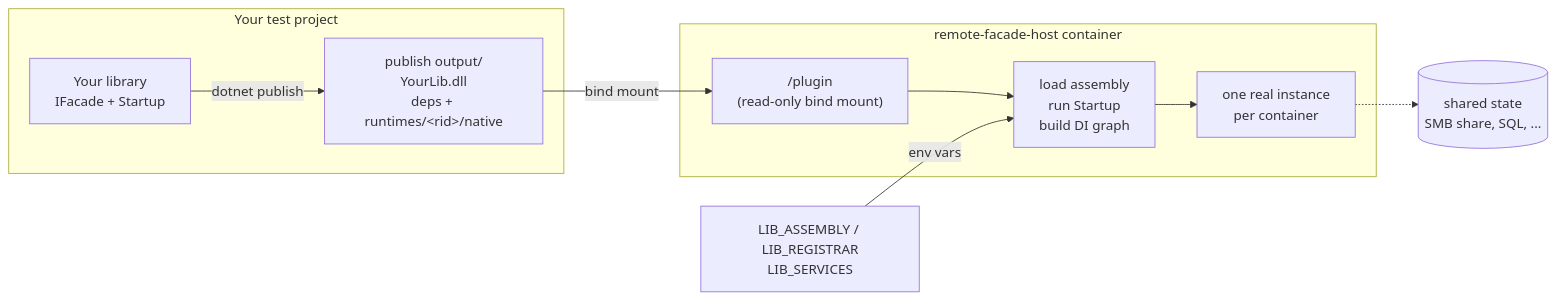
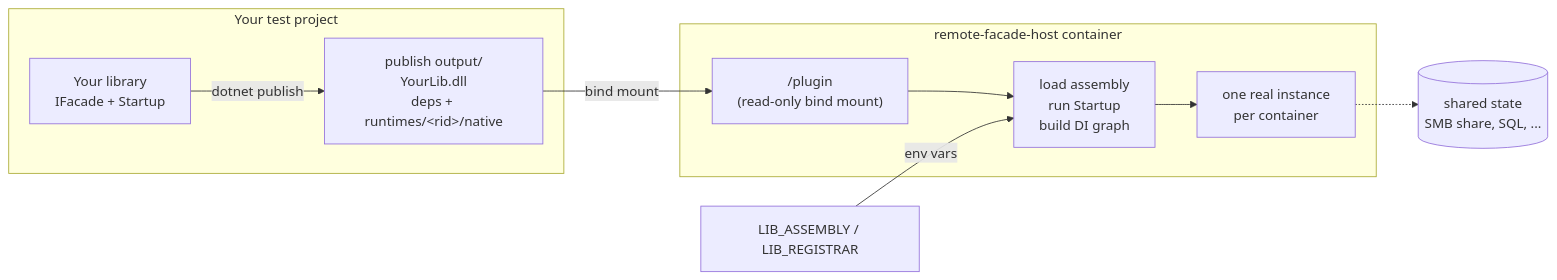
The first of 2 diagrams in README.md (drewlane-dev/remote-facade-host), drawn with Mermaid before and after one commit. The commit also changed other lines of this file and 5 other files, not shown here.

````diff
--- a/README.md
+++ b/README.md
@@ -68,20 +68,20 @@
 ```mermaid
 flowchart LR
     subgraph test["Your test project"]
         src["Your library<br/>IFacade + Startup"]
         out["publish output/<br/>YourLib.dll<br/>deps + runtimes/&lt;rid&gt;/native"]
         src -- "dotnet publish" --> out
     end
 
     subgraph ctr["remote-facade-host container"]
         mnt["/plugin<br/>(read-only bind mount)"]
         load["load assembly<br/>run Startup<br/>build DI graph"]
         inst["one real instance<br/>per container"]
         mnt --> load --> inst
     end
 
     out -- "bind mount" --> mnt
-    env["LIB_ASSEMBLY / LIB_REGISTRAR<br/>LIB_SERVICES"] -- "env vars" --> load
+    env["LIB_ASSEMBLY / LIB_REGISTRAR"] -- "env vars" --> load
 
     inst -.-> shared[("shared state<br/>SMB share, SQL, ...")]
 ```
````
